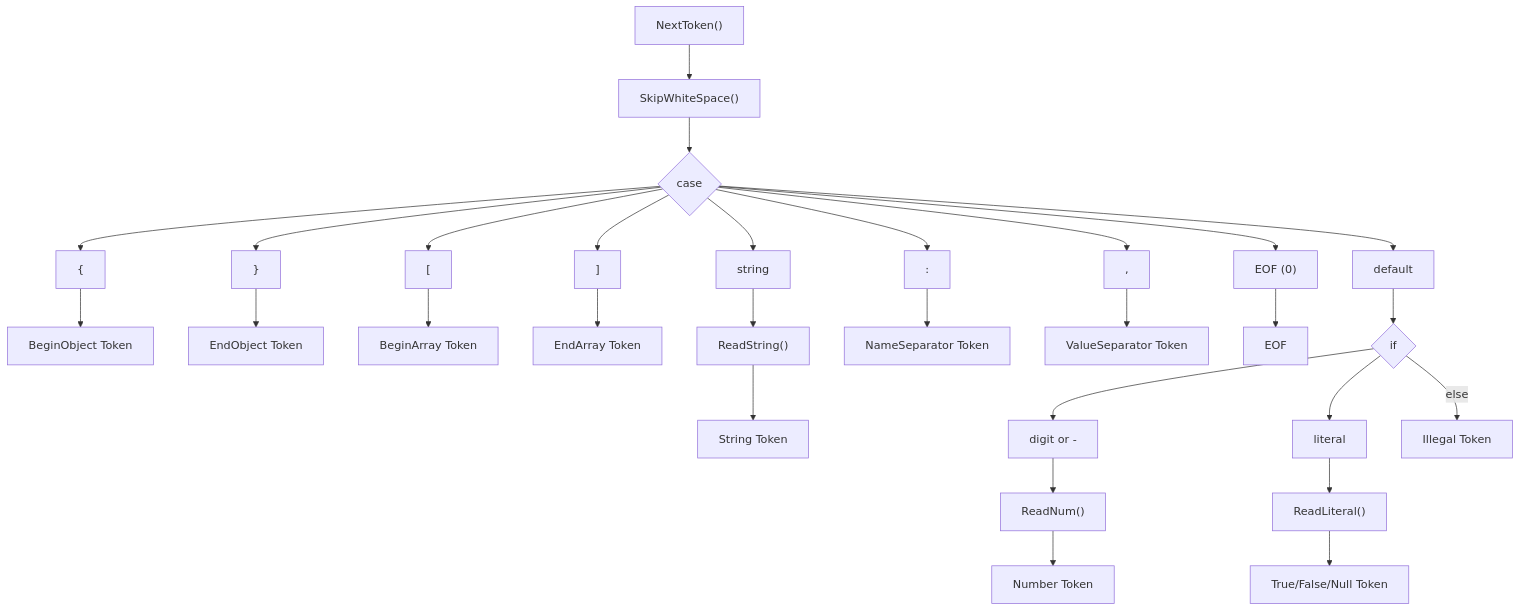
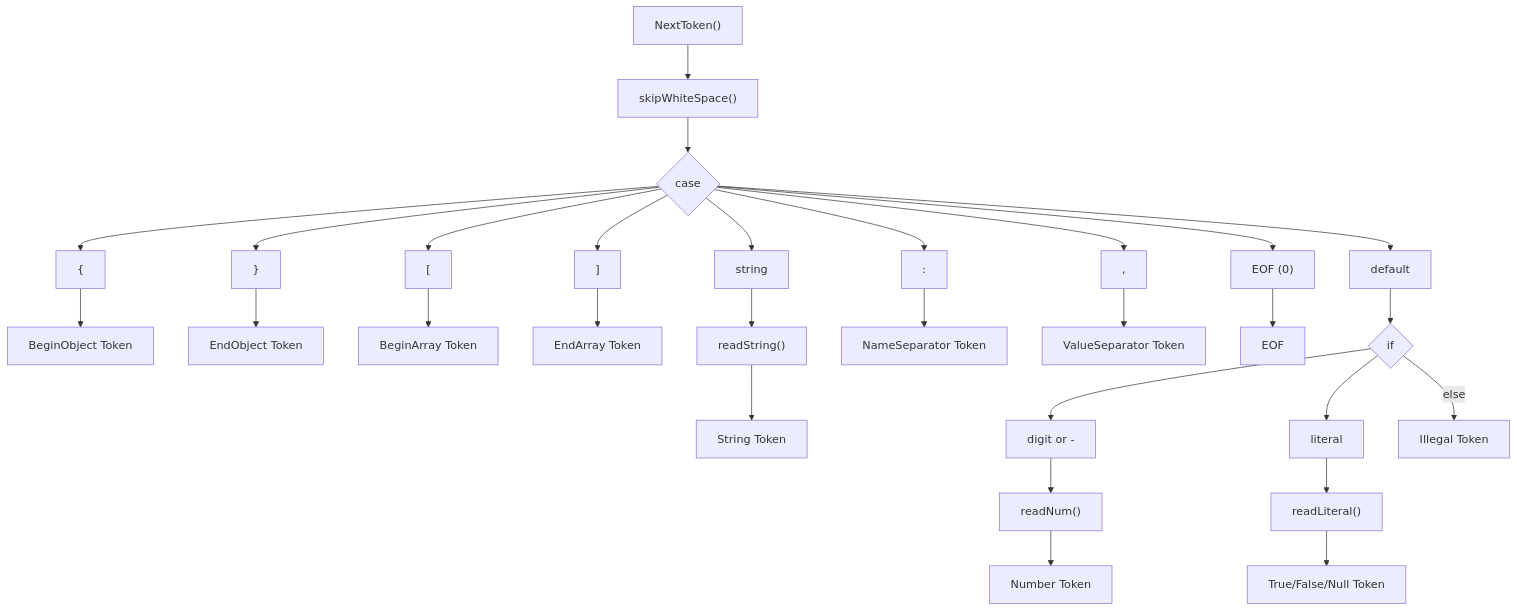
Before and after one commit to priyanshsao/coding-challenges-go: the diagram in challenge-02/diagrams/lexer.mmd, drawn with Mermaid.

Commit message:
fix(diagrams): update functions in lexer.mmd

```diff
--- a/challenge-02/diagrams/lexer.mmd
+++ b/challenge-02/diagrams/lexer.mmd
@@ -1,51 +1,51 @@
 flowchart TD
 
     %% base structure
-    root["NextToken()"] --> sws["SkipWhiteSpace()"] --> case{case}
+    root["NextToken()"] --> sws["skipWhiteSpace()"] --> case{case}
 
     %% Characters
     bo["{"]
     eo["}"]
     ba["["]
     ea["]"]
     ns[":"]
     vs[","]
     str["string"]
     eof["EOF (0)"]
     df["default"]
     dgom["digit or -"]
     lit["literal"]
 
     %% Functions
-    rn["ReadNum()"]
-    rl["ReadLiteral()"]
-    rs["ReadString()"]
+    rn["readNum()"]
+    rl["readLiteral()"]
+    rs["readString()"]
 
     %% Return values
     t_bo["BeginObject Token"]
     t_eo["EndObject Token"]
     t_ba["BeginArray Token"]
     t_ea["EndArray Token"]
     t_ns["NameSeparator Token"]
     t_vs["ValueSeparator Token"]
     t_str["String Token"]
     t_num["Number Token"]
     t_lit["True/False/Null Token"]
     t_eof["EOF"]
     t_illegal["Illegal Token"]
 
     %% Flow
     case --> bo --> t_bo
     case --> eo --> t_eo
     case --> ba --> t_ba
     case --> ea --> t_ea
     case --> str --> rs --> t_str
     case --> ns --> t_ns
     case --> vs --> t_vs
     case --> eof --> t_eof
 
     case --> df --> cond{if}
 
     cond --> dgom --> rn --> t_num
     cond --> lit --> rl --> t_lit
     cond -->|"else"| t_illegal
```
